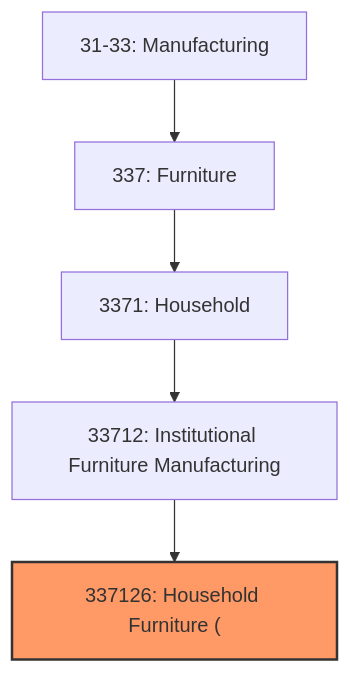
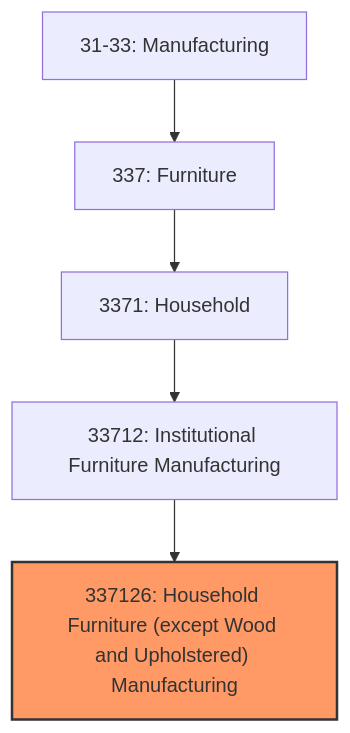
One commit to kziemski/business.org.ai changed the first of 3 diagrams in industries/Manufacturing/Furniture/Household/InstitutionalFurnitureManufacturing/HouseholdFurniture.mdx. Above: the diagram before and after it, drawn with Mermaid. The commit also changed other lines of this file and 67418 other files, not shown here.

````diff
--- a/industries/Manufacturing/Furniture/Household/InstitutionalFurnitureManufacturing/HouseholdFurniture.mdx
+++ b/industries/Manufacturing/Furniture/Household/InstitutionalFurnitureManufacturing/HouseholdFurniture.mdx
@@ -22,9 +21,9 @@
 ```mermaid
 graph TD
     S31["31-33: Manufacturing"]
     S31 --> N337["337: Furniture"]
     N337 --> N3371["3371: Household"]
     N3371 --> N33712["33712: Institutional Furniture Manufacturing"]
-    N33712 --> N337126["337126: Household Furniture ("]
+    N33712 --> N337126["337126: Household Furniture (except Wood and Upholstered) Manufacturing"]
     style N337126 fill:#f96,stroke:#333,stroke-width:2px
 ```
````
